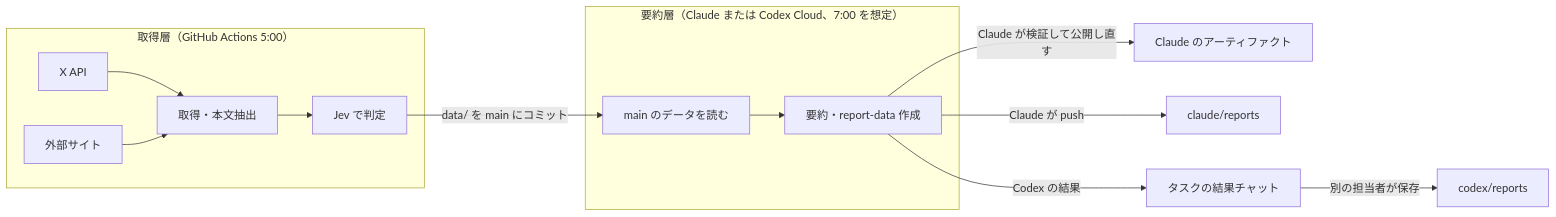
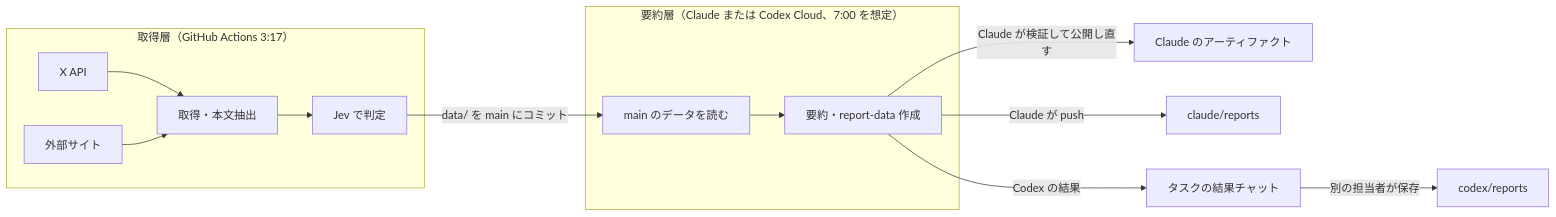
Before and after one commit to NaokiKomura/x-bookmark-digest-template: the diagram in docs/spec.md, drawn with Mermaid. The commit also changed other lines of this file and 4 other files, not shown here.

````diff
--- a/docs/spec.md
+++ b/docs/spec.md
@@ -29,16 +29,16 @@
 ```mermaid
 flowchart LR
-  subgraph 取得層["取得層（GitHub Actions 5:00）"]
+  subgraph 取得層["取得層（GitHub Actions 3:17）"]
     X[X API] --> F[取得・本文抽出]
     W[外部サイト] --> F
     F --> J[Jev で判定]
   end
   J -->|data/ を main にコミット| R
   subgraph 要約層["要約層（Claude または Codex Cloud、7:00 を想定）"]
     R[main のデータを読む] --> S[要約・report-data 作成]
   end
   S -->|Claude が検証して公開し直す| A[Claude のアーティファクト]
   S -->|Claude が push| B[claude/reports]
   S -->|Codex の結果| C[タスクの結果チャット]
   C -->|別の担当者が保存| D[codex/reports]
 ```
````
